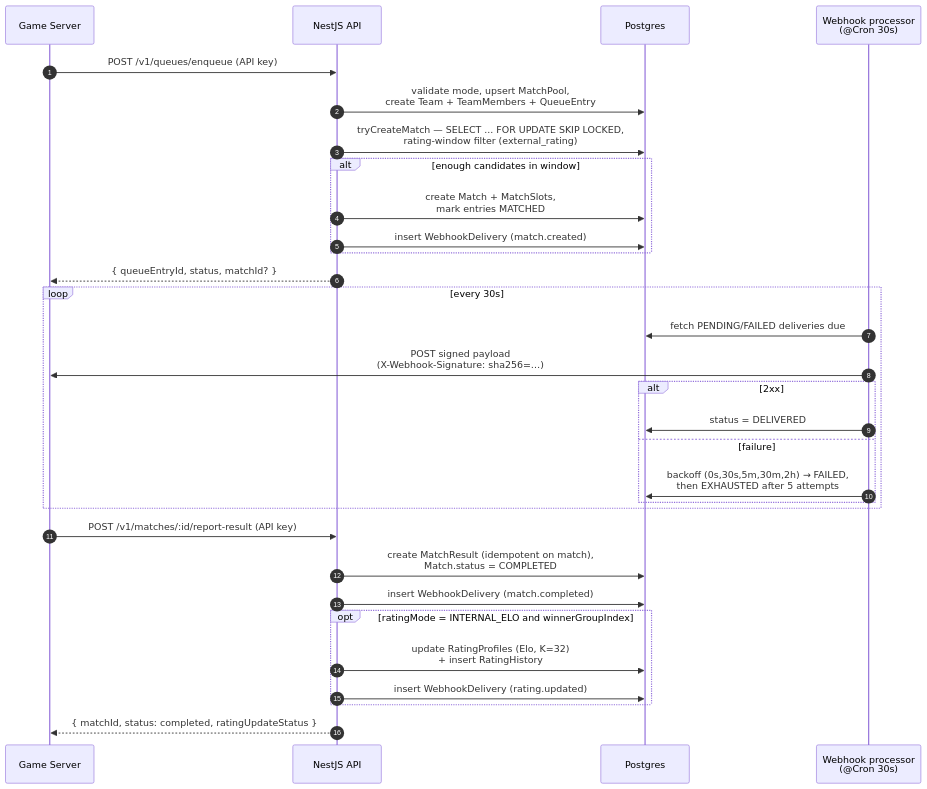
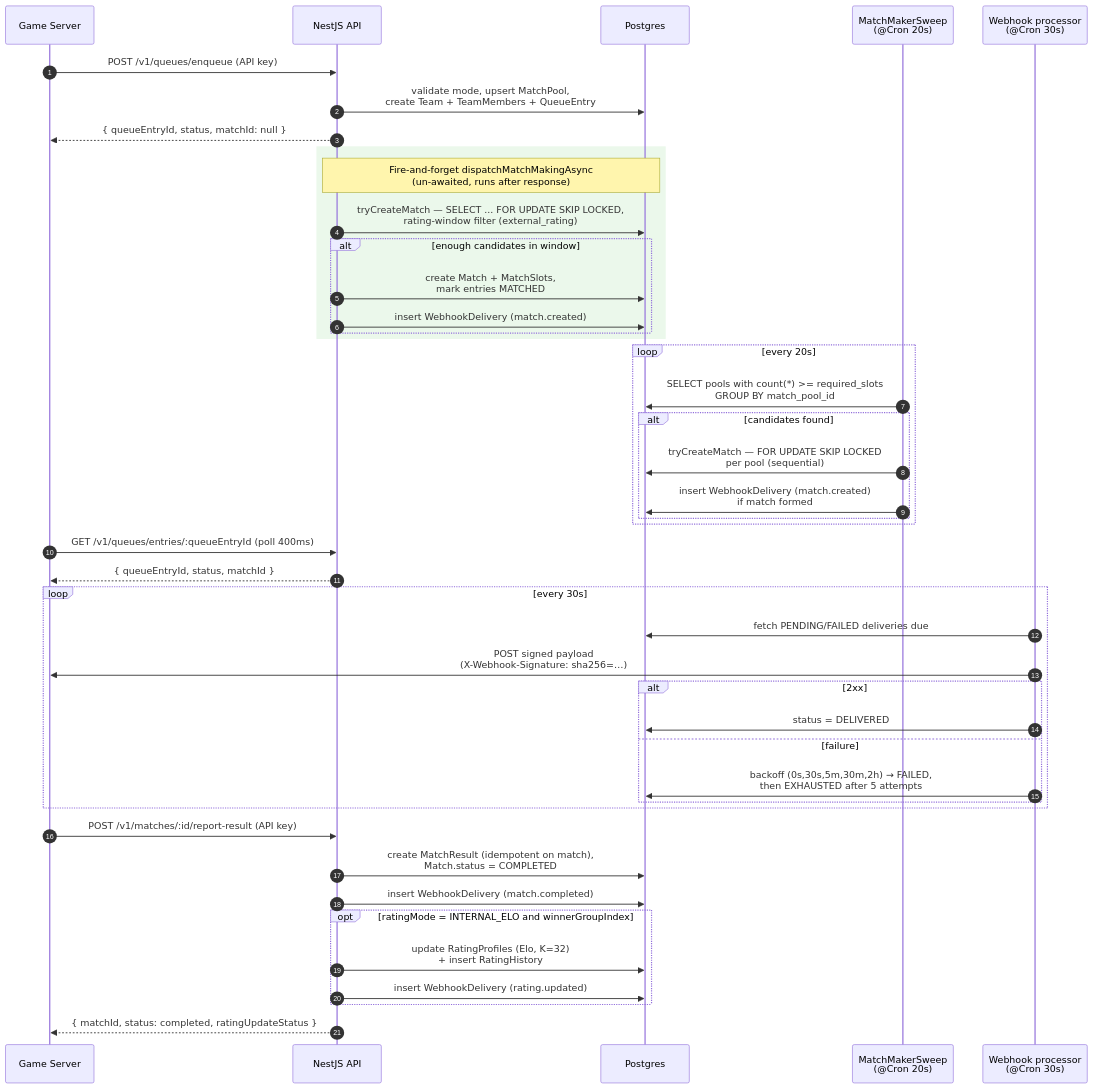
Before and after one commit to thanhnam2811/matching-man: the first of 2 diagrams in docs/diagram/matchmaking-flow.md, drawn with Mermaid. The commit also changed other lines of this file and 20 other files, not shown here.

First line of the commit message:
feat: fire-and-forget match-making with async polling

````diff
--- a/docs/diagram/matchmaking-flow.md
+++ b/docs/diagram/matchmaking-flow.md
@@ -6,36 +8,52 @@
 ```mermaid
 sequenceDiagram
     autonumber
     participant GS as Game Server
     participant API as NestJS API
     participant DB as Postgres
+    participant SP as MatchMakerSweep<br/>(@Cron 20s)
     participant W as Webhook processor<br/>(@Cron 30s)
 
     GS->>API: POST /v1/queues/enqueue (API key)
     API->>DB: validate mode, upsert MatchPool,<br/>create Team + TeamMembers + QueueEntry
-    API->>DB: tryCreateMatch — SELECT ... FOR UPDATE SKIP LOCKED,<br/>rating-window filter (external_rating)
-    alt enough candidates in window
-        API->>DB: create Match + MatchSlots,<br/>mark entries MATCHED
-        API->>DB: insert WebhookDelivery (match.created)
+    API-->>GS: { queueEntryId, status, matchId: null }
+
+    rect rgb(235, 248, 235)
+        Note over API,DB: Fire-and-forget dispatchMatchMakingAsync<br/>(un-awaited, runs after response)
+        API->>DB: tryCreateMatch — SELECT ... FOR UPDATE SKIP LOCKED,<br/>rating-window filter (external_rating)
+        alt enough candidates in window
+            API->>DB: create Match + MatchSlots,<br/>mark entries MATCHED
+            API->>DB: insert WebhookDelivery (match.created)
+        end
     end
-    API-->>GS: { queueEntryId, status, matchId? }
+
+    loop every 20s
+        SP->>DB: SELECT pools with count(*) >= required_slots<br/>GROUP BY match_pool_id
+        alt candidates found
+            SP->>DB: tryCreateMatch — FOR UPDATE SKIP LOCKED<br/>per pool (sequential)
+            SP->>DB: insert WebhookDelivery (match.created)<br/>if match formed
+        end
+    end
+
+    GS->>API: GET /v1/queues/entries/:queueEntryId (poll 400ms)
+    API-->>GS: { queueEntryId, status, matchId }
 
     loop every 30s
         W->>DB: fetch PENDING/FAILED deliveries due
         W->>GS: POST signed payload<br/>(X-Webhook-Signature: sha256=…)
         alt 2xx
             W->>DB: status = DELIVERED
         else failure
             W->>DB: backoff (0s,30s,5m,30m,2h) → FAILED,<br/>then EXHAUSTED after 5 attempts
         end
     end
 
     GS->>API: POST /v1/matches/:id/report-result (API key)
     API->>DB: create MatchResult (idempotent on match),<br/>Match.status = COMPLETED
     API->>DB: insert WebhookDelivery (match.completed)
     opt ratingMode = INTERNAL_ELO and winnerGroupIndex
         API->>DB: update RatingProfiles (Elo, K=32)<br/>+ insert RatingHistory
         API->>DB: insert WebhookDelivery (rating.updated)
     end
     API-->>GS: { matchId, status: completed, ratingUpdateStatus }
 ```
````
